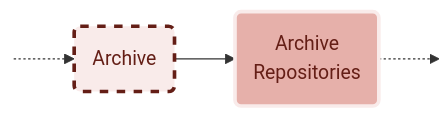
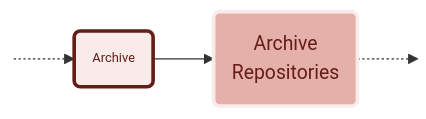
One commit to spectrum-health-systems/tingen-documentation changed the third of 9 diagrams in Development/Workflows/workflows.md. Above: the diagram before and after it, drawn with Mermaid. The commit also changed other lines of this file, not shown here.

````diff
--- a/Development/Workflows/workflows.md
+++ b/Development/Workflows/workflows.md
@@ -54,13 +80,13 @@
   ```mermaid
   flowchart LR
     %% Components
     Archive@{shape: rounded, label: "Archive"}
     ArchiveRepostitories@{shape: rounded, label: "Archive\nRepositories"}
     %% Layout
     Start:::Hidden -.->Archive:::R5_ --> ArchiveRepostitories:::R1_ -.-> Continue:::Hidden
     %% Styles
-    classDef R5_ stroke:#641e16,stroke-width:3px,stroke-dasharray: 7 7,fill:#f9ebea,color:#641e16
+    classDef R5_ stroke:#641e16,stroke-width:3px,fill:#f9ebea,color:#641e16,font-size:8pt 
     classDef R1_ stroke:#f9ebea,stroke-width:3px,fill:#E6B0AA,color:#641e16
     %% Styles - Global
     classDef Hidden display: none;
   ```
````
